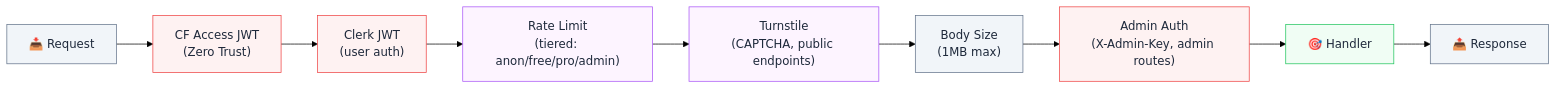
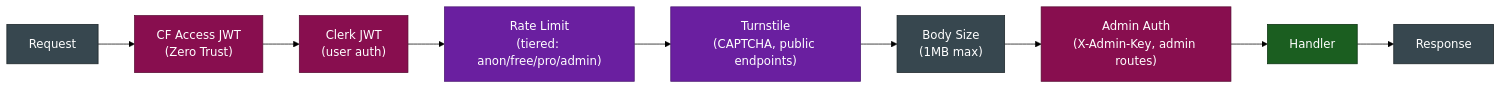
Before and after one commit to jaypatrick/adblock-compiler: diagram 13 of 19 in docs/development/ARCHITECTURE.md, drawn with Mermaid (forest theme). The commit also changed other lines of this file and 6 other files, not shown here.

First line of the commit message:
fix: Mermaid diagram errors, dark theme compatibility, and mdhelp scroll reset (#1540)

````diff
--- a/docs/development/ARCHITECTURE.md
+++ b/docs/development/ARCHITECTURE.md
@@ -620,26 +620,26 @@
 ```mermaid
 flowchart LR
-    classDef auth fill:#fef2f2,stroke:#ef4444,color:#1e293b
-    classDef security fill:#fdf4ff,stroke:#a855f7,color:#1e293b
-    classDef infra fill:#f1f5f9,stroke:#64748b,color:#1e293b
-    classDef handler fill:#f0fdf4,stroke:#22c55e,color:#1e293b
+    classDef auth fill:#880e4f,stroke:#560930,color:#fff
+    classDef security fill:#6a1fa0,stroke:#4a1570,color:#fff
+    classDef infra fill:#37474f,stroke:#1a2327,color:#fff
+    classDef handler fill:#1b5e20,stroke:#0a3010,color:#fff
 
-    REQ["📥 Request"]:::infra
+    REQ["Request"]:::infra
     CFAC["CF Access JWT\n(Zero Trust)"]:::auth
     CJW["Clerk JWT\n(user auth)"]:::auth
     RL["Rate Limit\n(tiered: anon/free/pro/admin)"]:::security
     TS["Turnstile\n(CAPTCHA, public endpoints)"]:::security
     BS["Body Size\n(1MB max)"]:::infra
     AA["Admin Auth\n(X-Admin-Key, admin routes)"]:::auth
-    H["🎯 Handler"]:::handler
-    RESP["📤 Response"]:::infra
+    H["Handler"]:::handler
+    RESP["Response"]:::infra
 
     REQ --> CFAC
     CFAC --> CJW
     CJW --> RL
     RL --> TS
     TS --> BS
     BS --> AA
     AA --> H
     H --> RESP
 ```
````
